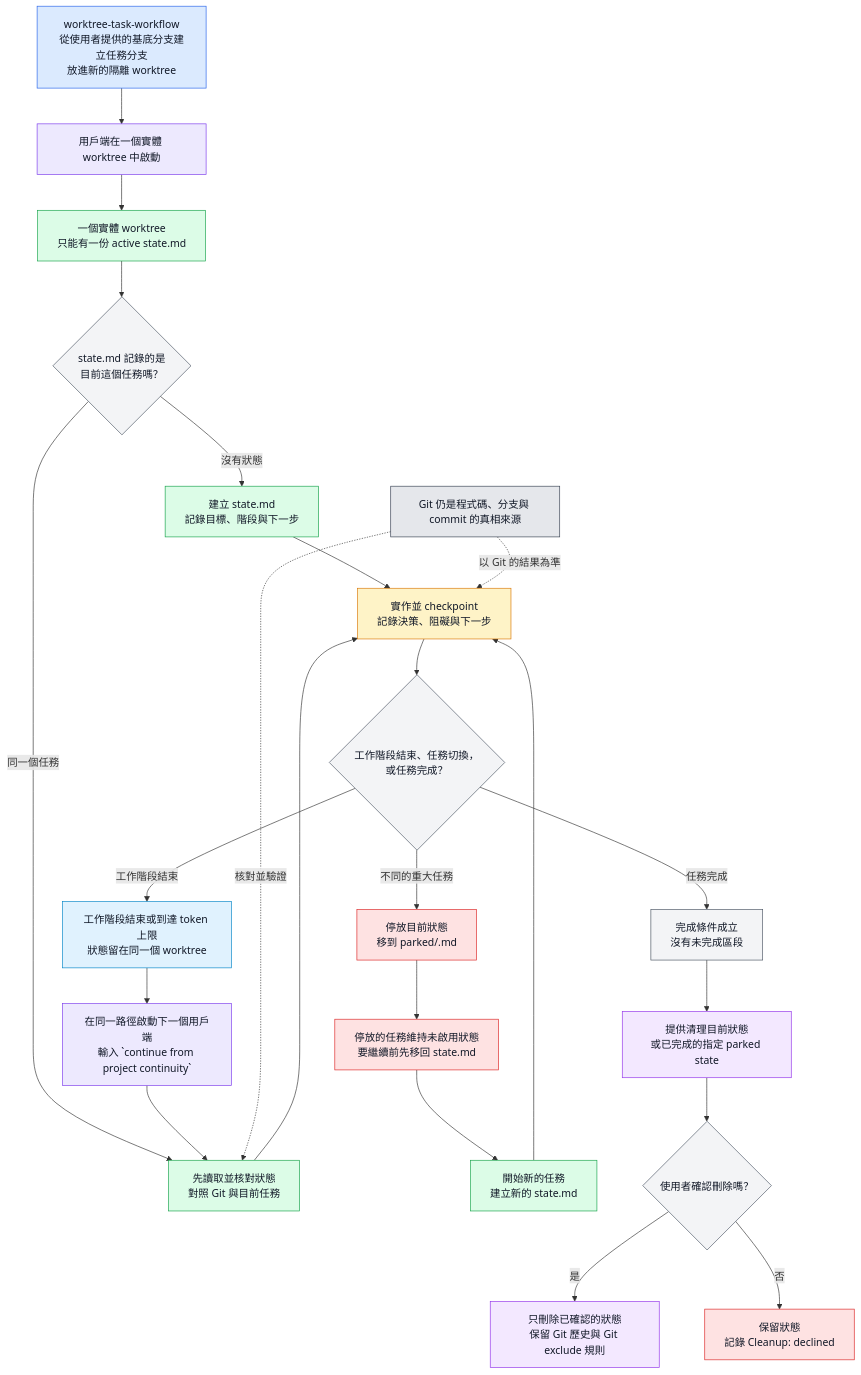
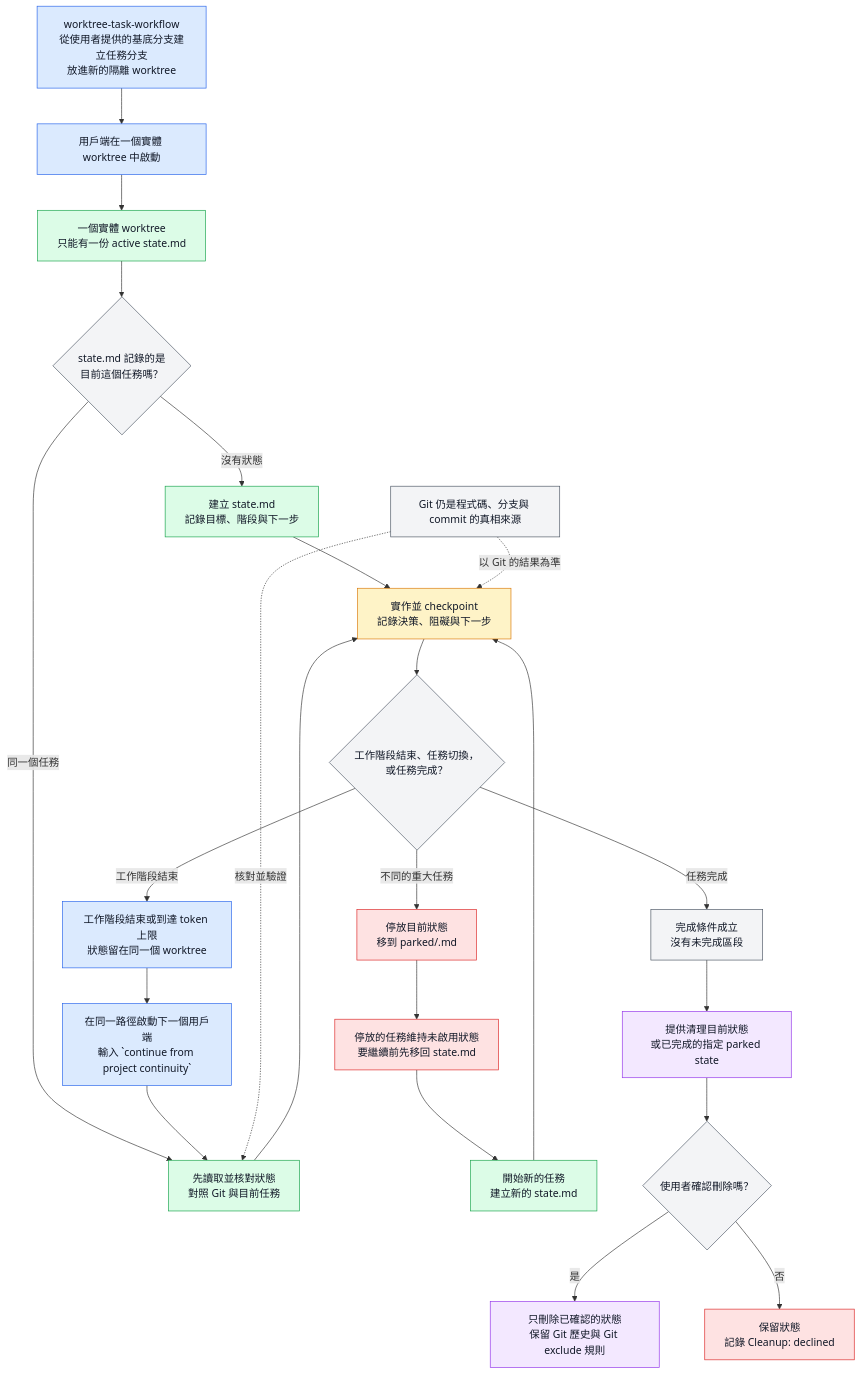
Before and after one commit to sherrilla71940/personal-agentic-dev-environment: the second of 4 diagrams in README.zh-TW.md, drawn with Mermaid. The commit also changed other lines of this file and 1 other file, not shown here.

Commit message:
docs(readme): align Mermaid diagram styling
- apply one semantic palette across every figure\n- document the shared colors in both README languages

````diff
--- a/README.zh-TW.md
+++ b/README.zh-TW.md
@@ -203,45 +217,42 @@
 ```mermaid
 %%{init: {"flowchart": {"useMaxWidth": false, "nodeSpacing": 70, "rankSpacing": 55}}}%%
 flowchart TD
-    workflow["worktree-task-workflow<br/>從使用者提供的基底分支建立任務分支<br/>放進新的隔離 worktree"]:::workflow
-    start["用戶端在一個實體 worktree 中啟動"]:::client
-    scope["一個實體 worktree<br/>只能有一份 active state.md"]:::state
-    check{"state.md 記錄的是<br/>目前這個任務嗎？"}:::decision
-    create["建立 state.md<br/>記錄目標、階段與下一步"]:::state
-    resume["先讀取並核對狀態<br/>對照 Git 與目前任務"]:::state
+    workflow["worktree-task-workflow<br/>從使用者提供的基底分支建立任務分支<br/>放進新的隔離 worktree"]:::input
+    start["用戶端在一個實體 worktree 中啟動"]:::input
+    scope["一個實體 worktree<br/>只能有一份 active state.md"]:::output
+    check{"state.md 記錄的是<br/>目前這個任務嗎？"}:::control
+    create["建立 state.md<br/>記錄目標、階段與下一步"]:::output
+    resume["先讀取並核對狀態<br/>對照 Git 與目前任務"]:::output
     work["實作並 checkpoint<br/>記錄決策、阻礙與下一步"]:::work
-    event{"工作階段結束、任務切換，<br/>或任務完成？"}:::decision
-    handoff["工作階段結束或到達 token 上限<br/>狀態留在同一個 worktree"]:::handoff
-    nextClient["在同一路徑啟動下一個用戶端<br/>輸入 `continue from project continuity`"]:::client
-    park["停放目前狀態<br/>移到 parked/<slug>.md"]:::parked
-    parkedRule["停放的任務維持未啟用狀態<br/>要繼續前先移回 state.md"]:::parked
-    newState["開始新的任務<br/>建立新的 state.md"]:::state
-    complete["完成條件成立<br/>沒有未完成區段"]:::decision
-    offer["提供清理目前狀態<br/>或已完成的指定 parked state"]:::cleanup
-    confirm{"使用者確認刪除嗎？"}:::decision
-    delete["只刪除已確認的狀態<br/>保留 Git 歷史與 Git exclude 規則"]:::cleanup
-    retain["保留狀態<br/>記錄 Cleanup: declined"]:::parked
-    git["Git 仍是程式碼、分支與 commit 的真相來源"]:::git
+    event{"工作階段結束、任務切換，<br/>或任務完成？"}:::control
+    handoff["工作階段結束或到達 token 上限<br/>狀態留在同一個 worktree"]:::input
+    nextClient["在同一路徑啟動下一個用戶端<br/>輸入 `continue from project continuity`"]:::input
+    park["停放目前狀態<br/>移到 parked/<slug>.md"]:::exception
+    parkedRule["停放的任務維持未啟用狀態<br/>要繼續前先移回 state.md"]:::exception
+    newState["開始新的任務<br/>建立新的 state.md"]:::output
+    complete["完成條件成立<br/>沒有未完成區段"]:::control
+    offer["提供清理目前狀態<br/>或已完成的指定 parked state"]:::orchestration
+    confirm{"使用者確認刪除嗎？"}:::control
+    delete["只刪除已確認的狀態<br/>保留 Git 歷史與 Git exclude 規則"]:::orchestration
+    retain["保留狀態<br/>記錄 Cleanup: declined"]:::exception
+    git["Git 仍是程式碼、分支與 commit 的真相來源"]:::control
 
     workflow --> start --> scope --> check
     check -->|"沒有狀態"| create --> work
     check -->|"同一個任務"| resume --> work
     work --> event
     event -->|"工作階段結束"| handoff --> nextClient --> resume
     event -->|"不同的重大任務"| park --> parkedRule --> newState --> work
     event -->|"任務完成"| complete --> offer --> confirm
     confirm -->|"是"| delete
     confirm -->|"否"| retain
     git -.->|"核對並驗證"| resume
     git -.->|"以 Git 的結果為準"| work
 
-    classDef workflow fill:#dbeafe,stroke:#2563eb,color:#111827
-    classDef client fill:#ede9fe,stroke:#7c3aed,color:#111827
-    classDef state fill:#dcfce7,stroke:#16a34a,color:#111827
+    classDef input fill:#dbeafe,stroke:#2563eb,color:#111827
+    classDef orchestration fill:#f3e8ff,stroke:#9333ea,color:#111827
+    classDef output fill:#dcfce7,stroke:#16a34a,color:#111827
     classDef work fill:#fef3c7,stroke:#d97706,color:#111827
-    classDef handoff fill:#e0f2fe,stroke:#0284c7,color:#111827
-    classDef parked fill:#fee2e2,stroke:#dc2626,color:#111827
-    classDef cleanup fill:#f3e8ff,stroke:#9333ea,color:#111827
-    classDef decision fill:#f3f4f6,stroke:#4b5563,color:#111827
-    classDef git fill:#e5e7eb,stroke:#374151,color:#111827
+    classDef control fill:#f3f4f6,stroke:#4b5563,color:#111827
+    classDef exception fill:#fee2e2,stroke:#dc2626,color:#111827
 ```
````
